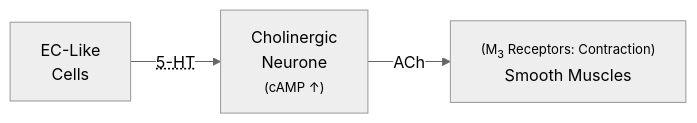
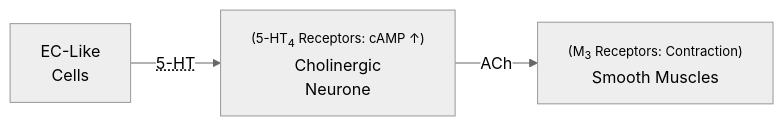
The first of 2 diagrams in Y3S2 SBMS2106 Pharmacology and Toxicology/Lecture 9.2 - (Gastrointestinal Pharmacology) Gastric Motility Drugs.md (catskin0106/BiomedStuff), drawn with Mermaid (neutral theme) before and after one commit. The commit also changed other lines of this file, not shown here.

````diff
--- a/Y3S2 SBMS2106 Pharmacology and Toxicology/Lecture 9.2 - (Gastrointestinal Pharmacology) Gastric Motility Drugs.md
+++ b/Y3S2 SBMS2106 Pharmacology and Toxicology/Lecture 9.2 - (Gastrointestinal Pharmacology) Gastric Motility Drugs.md
@@ -17,4 +17,4 @@
 ```mermaid
 flowchart LR
-	A["EC-Like<br>Cells"]--<abbr Title="Serotonin">5-HT</abbr>-->B["Cholinergic<br>Neurone<br><font size="2">(cAMP ↑)</font>"]--ACh-->C["<font size="2">(M<sub>3</sub> Receptors: Contraction)</font><br>Smooth Muscles"]
+	A["EC-Like<br>Cells"]--<abbr Title="Serotonin">5-HT</abbr>-->B["<font size="2">(5-HT<sub>4</sub> Receptors: cAMP ↑)</font><br>Cholinergic<br>Neurone"]--ACh-->C["<font size="2">(M<sub>3</sub> Receptors: Contraction)</font><br>Smooth Muscles"]
 ```
````
